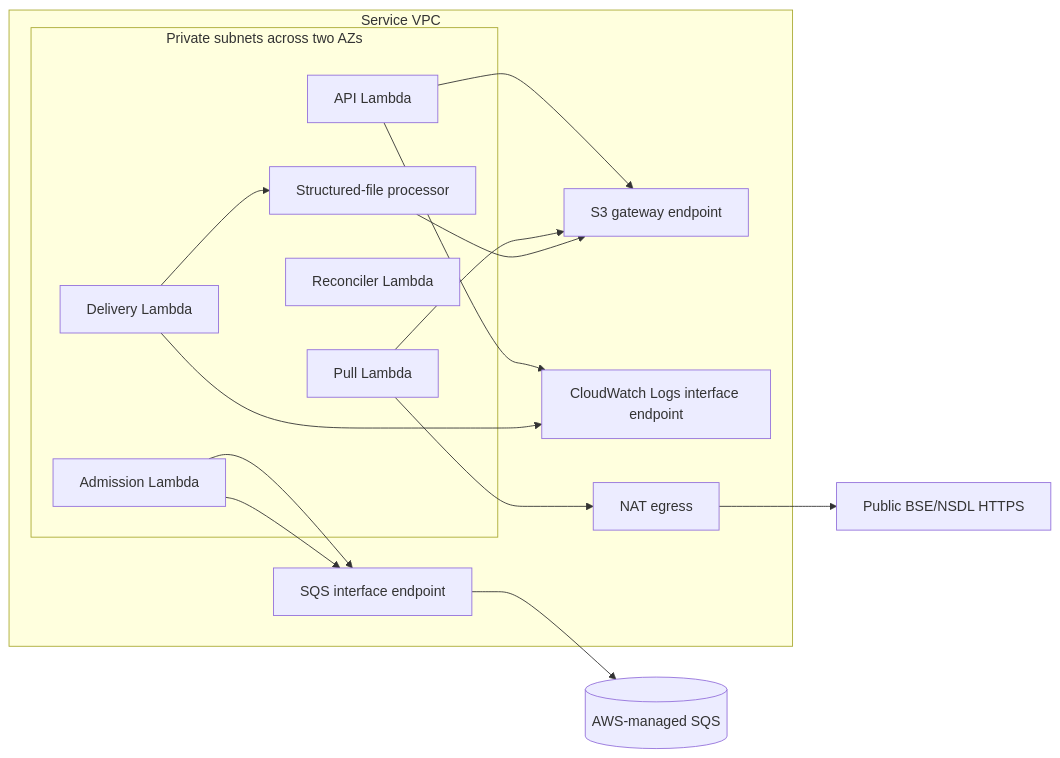
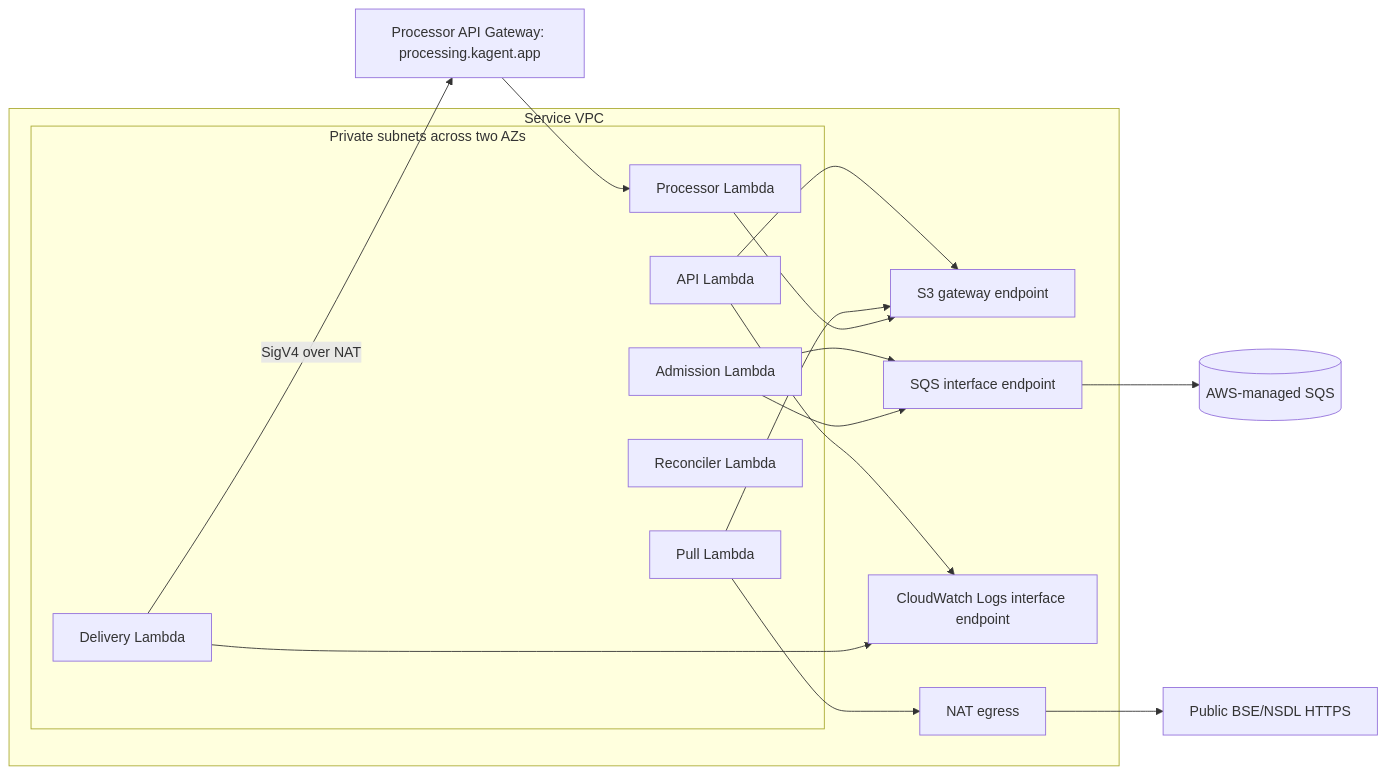
One commit to maverickuser/data-fetch-service changed the second of 5 diagrams in docs/specs/data-puller-service-lld.md. Above: the diagram before and after it, drawn with Mermaid. The commit also changed other lines of this file and 29 other files, not shown here.

First line of the commit message:
Add Terraform runtime infrastructure and SigV4 processor delivery

````diff
--- a/docs/specs/data-puller-service-lld.md
+++ b/docs/specs/data-puller-service-lld.md
@@ -77,29 +77,30 @@
 ```mermaid
 flowchart LR
     subgraph VPC[Service VPC]
         subgraph Private[Private subnets across two AZs]
             APIv[API Lambda]
             Adv[Admission Lambda]
             Pullv[Pull Lambda]
             Delv[Delivery Lambda]
             Recv[Reconciler Lambda]
-            Proc[Structured-file processor]
+            Proc[Processor Lambda]
         end
         S3EP[S3 gateway endpoint]
         SQSEP[SQS interface endpoint]
         LogsEP[CloudWatch Logs interface endpoint]
         NAT[NAT egress]
     end
     SQS[(AWS-managed SQS)]
+    ProcAPI[Processor API Gateway: processing.kagent.app]
     Sources[Public BSE/NSDL HTTPS]
     APIv --> S3EP
     Adv --> SQSEP
     Pullv --> S3EP
     Pullv --> NAT --> Sources
-    Delv --> Proc
+    Delv -->|SigV4 over NAT| ProcAPI --> Proc
     Proc --> S3EP
     APIv --> LogsEP
     Adv --> SQSEP
     SQSEP --> SQS
     Delv --> LogsEP
 ```
````
